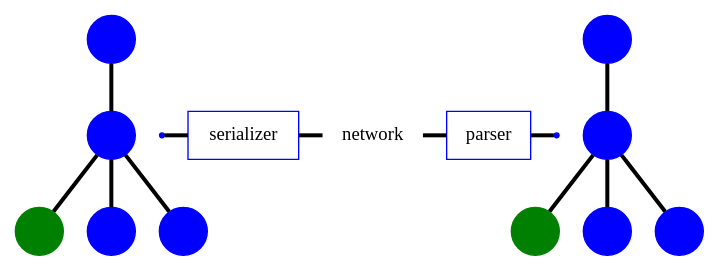
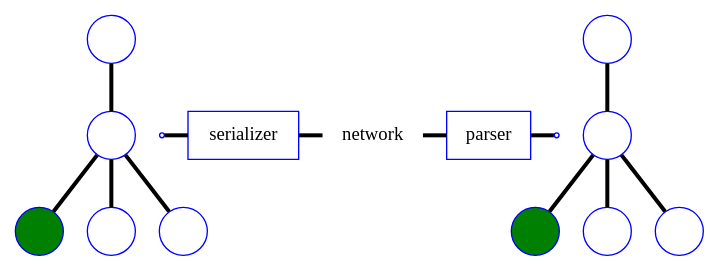
The second of 3 diagrams in 2013-eurucamp/presentation.md (plexus/conf-talks), drawn with Graphviz before and after one commit. The commit also changed other lines of this file and 31 other files, not shown here.

````diff
--- a/2013-eurucamp/presentation.md
+++ b/2013-eurucamp/presentation.md
@@ -210,38 +210,38 @@
 ```dot
 digraph commmunication {
   edge[dir=none color=black penwidth=3]
-  node[label="" shape=circle color=blue style=filled]
+  node[label="" shape=circle fillcolor=white color=blue style=filled border=6]
 
-  z1[color=green];
-  c[color=green];
+  z1[fillcolor=green];
+  c[fillcolor=green];
 
   subgraph sub_0 {
     x1 -> y1 -> z1;
     y1 -> z2;
     y1 -> z3;
   }
 
   subgraph sub_1 {
     rankdir=LR;
     rank=same;
     node[shape=point];
     serializer[label=serializer shape=box fillcolor=white];
     network[label=network shape=none fillcolor=none];
     parser[label=parser shape=box fillcolor=white];
     aa -> serializer -> network -> parser -> bb;
   }
 
   subgraph sub_2 {
     a -> b -> c;
     b -> d;
     b -> e;
   }
 
   subgraph sub_3 {
     rank="same";
     edge[style="invisible",dir="none"];
     y1 -> aa;
     bb -> b;
   }
 }
 ```
````
